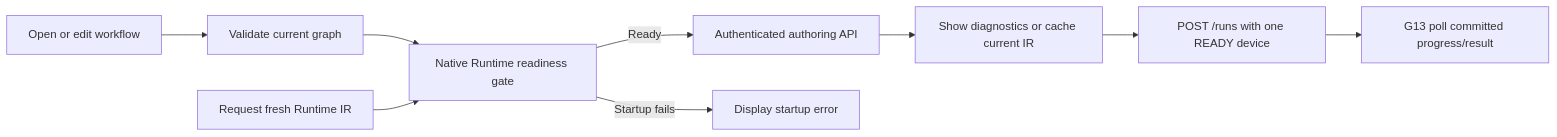
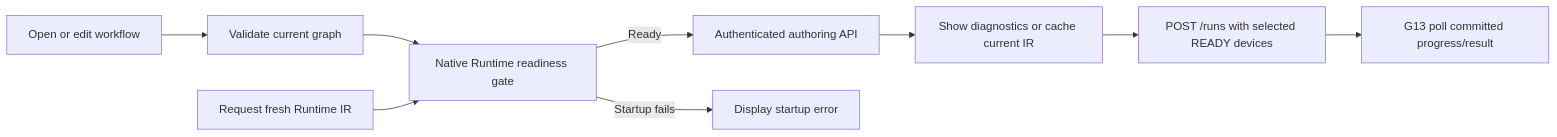
The diagram in components/a2matex-runtime/integration/studio.md (A2MaTex/a2matex-docs), drawn with Mermaid before and after one commit. The commit also changed other lines of this file and 36 other files, not shown here.

````diff
--- a/components/a2matex-runtime/integration/studio.md
+++ b/components/a2matex-runtime/integration/studio.md
@@ -11,11 +11,11 @@
 ```mermaid
 flowchart LR
     E[Open or edit workflow] --> V[Validate current graph]
     V --> R[Native Runtime readiness gate]
     C[Request fresh Runtime IR] --> R
     R -->|Ready| A[Authenticated authoring API]
     R -->|Startup fails| X[Display startup error]
     A --> D[Show diagnostics or cache current IR]
-    D --> T[POST /runs with one READY device]
+    D --> T[POST /runs with selected READY devices]
     T --> P[G13 poll committed progress/result]
 ```
````
